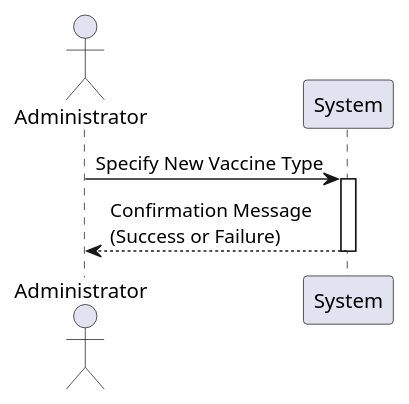
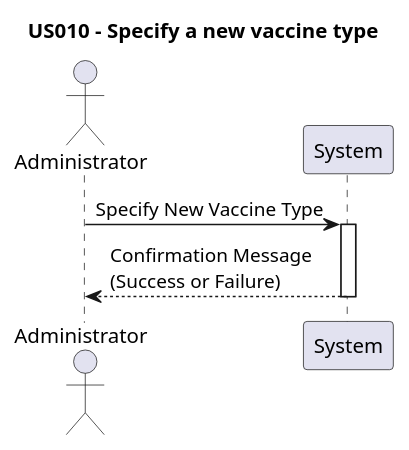
Before and after one commit to tbarracha/upskill-pds-software-development-project-Tiago: the diagram in src/doc/global/User Stories/US010/US010.puml, drawn with PlantUML. The commit also changed 12 other files, not shown here.

```diff
--- a/src/doc/global/User Stories/US010/US010.puml
+++ b/src/doc/global/User Stories/US010/US010.puml
@@ -1,11 +1,13 @@
 @startuml
+title US010 - Specify a new vaccine type
+
 actor Administrator as Admin
 
 Admin -> System: Specify New Vaccine Type
 activate System
 
 ' Code is unique
 System --> Admin: Confirmation Message\n(Success or Failure)
 
 deactivate System
 @enduml
```
